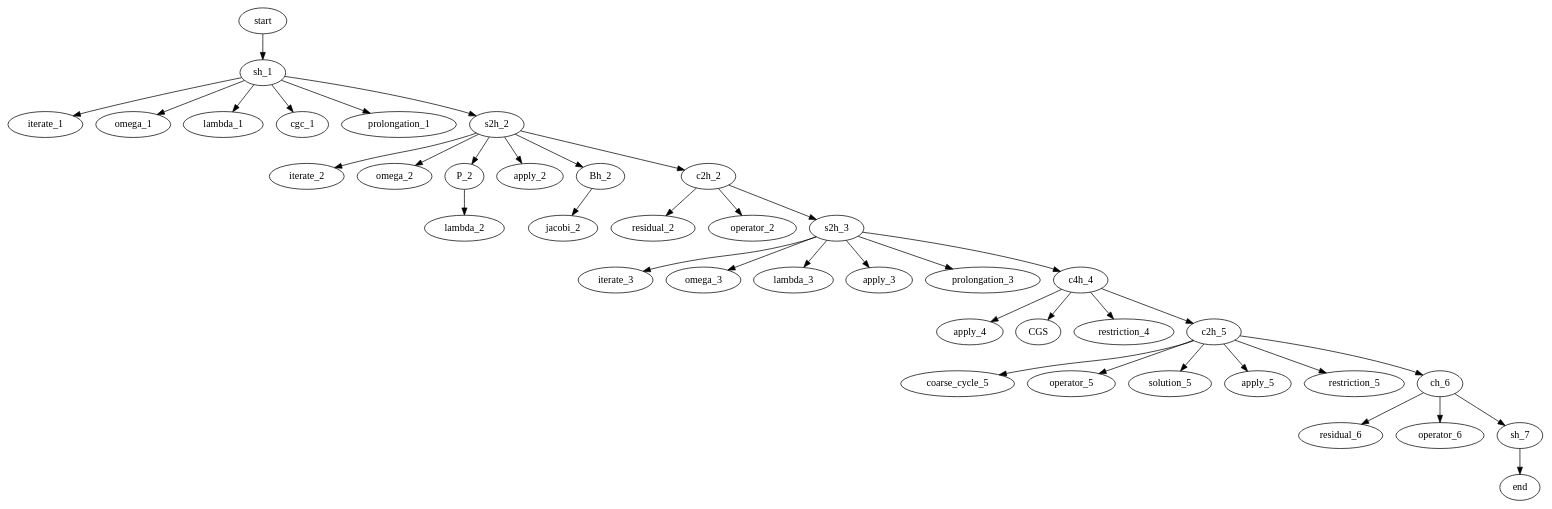
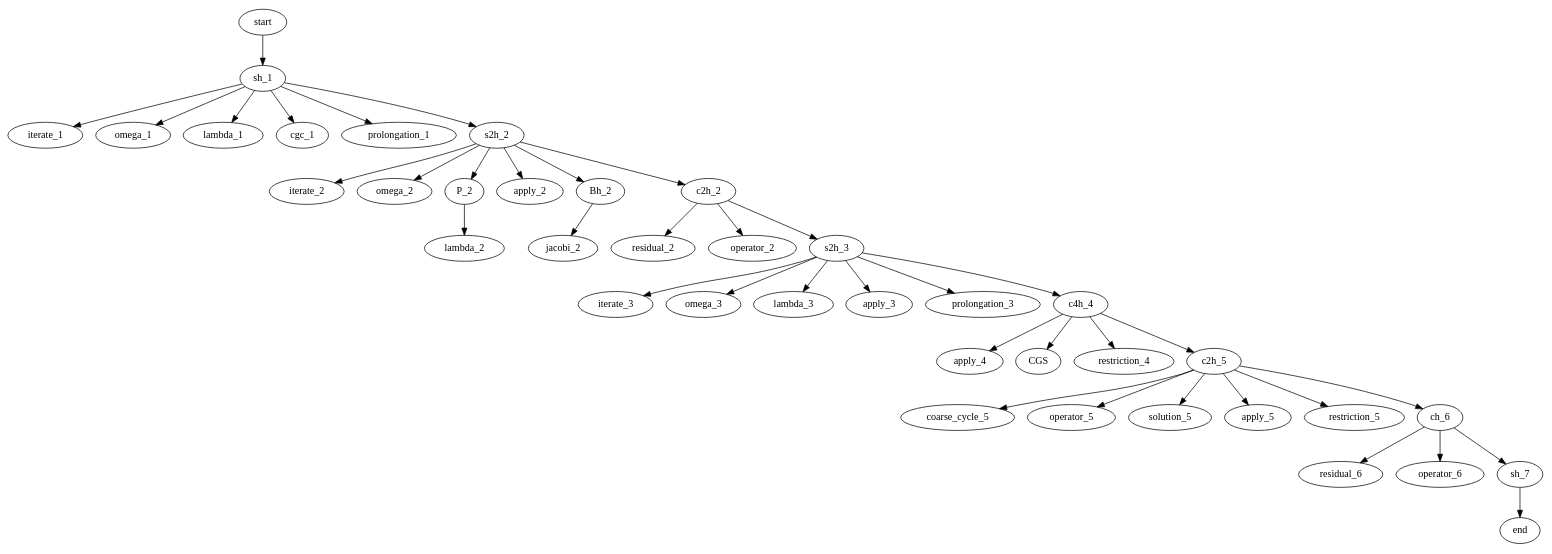
The diagram in tree_generation_scripts/three_grid_method_grammar_tree.dot (jonas-schmitt/thesis), drawn with Graphviz before and after one commit. The commit also changed 2 other files, not shown here.

```diff
--- a/tree_generation_scripts/three_grid_method_grammar_tree.dot
+++ b/tree_generation_scripts/three_grid_method_grammar_tree.dot
@@ -1,84 +1,85 @@
 digraph G {  
+  ratio=0.35;
   ordering=in ;
   start [texlbl="$\langle S \rangle$"];
   start -> sh_1
   sh_1 [texlbl="$\langle s_h\rangle$"];
   sh_1 -> iterate_1
   sh_1 -> omega_1
   sh_1 -> lambda_1
   sh_1 -> cgc_1
   sh_1 -> prolongation_1
   sh_1 -> s2h_2
   iterate_1 [texlbl="\textsc{iterate}"];
   omega_1 [texlbl="$1.0$"];
   lambda_1 [texlbl="$\lambda$"];
   cgc_1 [texlbl="\textsc{cgc}"];
   prolongation_1 [texlbl="$I_{2h}^h$"];
   s2h_2 [texlbl="$\langle s_{2h}\rangle$"];
   s2h_2 -> iterate_2
   iterate_2 [texlbl="\textsc{iterate}"];
   s2h_2 -> omega_2
   omega_2 [texlbl="$0.6$"];
   s2h_2 -> P_2
   P_2 [texlbl="$\langle \mathcal P \rangle$"];
   P_2 -> lambda_2
   lambda_2 [texlbl="$\lambda$"];
   s2h_2 -> apply_2
   apply_2 [texlbl="\textsc{apply}"];
   s2h_2 -> Bh_2
   Bh_2 [texlbl="$\langle B_{2h} \rangle$"];
   Bh_2 -> jacobi_2
   jacobi_2 [texlbl="$D_{2h}^{-1}$"];
   s2h_2 -> c2h_2
 
   c2h_2 [texlbl="$\langle c_{2h} \rangle$"];
   c2h_2 -> residual_2
   residual_2 [texlbl="\textsc{residual}"];
   c2h_2 -> operator_2
   operator_2 [texlbl="$A_{2h}$"];
   c2h_2 -> s2h_3
   s2h_3 [texlbl="$\langle s_{2h}\rangle$"]; 
   s2h_3 -> iterate_3
   iterate_3 [texlbl="\textsc{iterate}"];
   s2h_3 -> omega_3
   omega_3 [texlbl="$1.0$"];
   s2h_3 -> lambda_3
   lambda_3 [texlbl="$\lambda$"];
   s2h_3 -> apply_3
   apply_3 [texlbl="\textsc{apply}"];
   s2h_3 -> prolongation_3
   prolongation_3 [texlbl="$I_{4h}^{2h}$"];
   s2h_3 -> c4h_4
   c4h_4 [texlbl="$\langle c_{4h} \rangle$"];
   apply_4 [texlbl="\textsc{apply}"];
   c4h_4 -> CGS
   CGS [texlbl="$A_{4h}^{-1}$"];
   c4h_4 -> apply_4
   apply_4 [texlbl="\textsc{apply}"];
   c4h_4 -> restriction_4
   restriction_4 [texlbl="$I_{2h}^{4h}$"];
   c4h_4 -> c2h_5
   c2h_5 [texlbl="$\langle c_{2h} \rangle$"];
   c2h_5 -> coarse_cycle_5
   coarse_cycle_5 [texlbl="\textsc{cge}"];
   c2h_5 -> operator_5
   operator_5 [texlbl="$A_{2h}$"];
   c2h_5 -> solution_5
   solution_5 [texlbl="$x^0_{2h}$"];
   c2h_5 -> apply_5
   apply_5 [texlbl="\textsc{apply}"];
   c2h_5 -> restriction_5
   restriction_5 [texlbl="$I_{h}^{2h}$"];
   c2h_5 -> ch_6
   ch_6 [texlbl="$\langle c_{h} \rangle$"];
   ch_6 -> residual_6
   residual_6 [texlbl="\textsc{residual}"];
   ch_6 -> operator_6
   operator_6 [texlbl="$A_{h}$"];
   ch_6 -> sh_7
   sh_7 [texlbl="$\langle s_{h} \rangle$"];
   sh_7 -> end
   
   
   end [texlbl="$(x_h^0, b_h, \lambda, \lambda)$"];
 }
```
